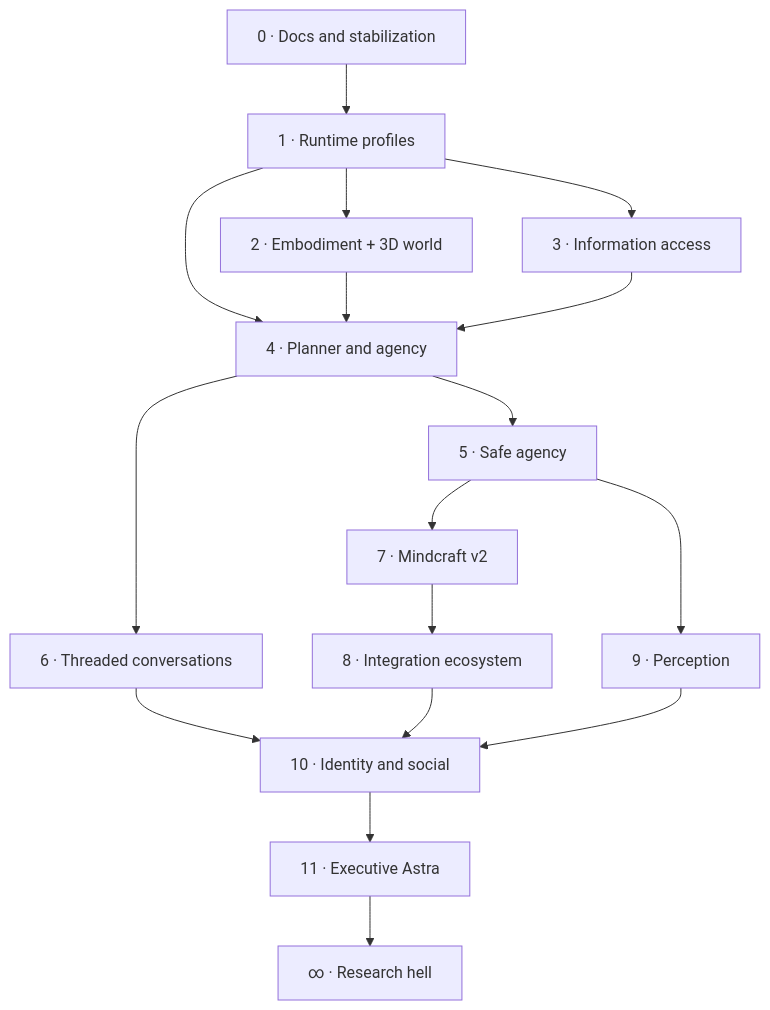
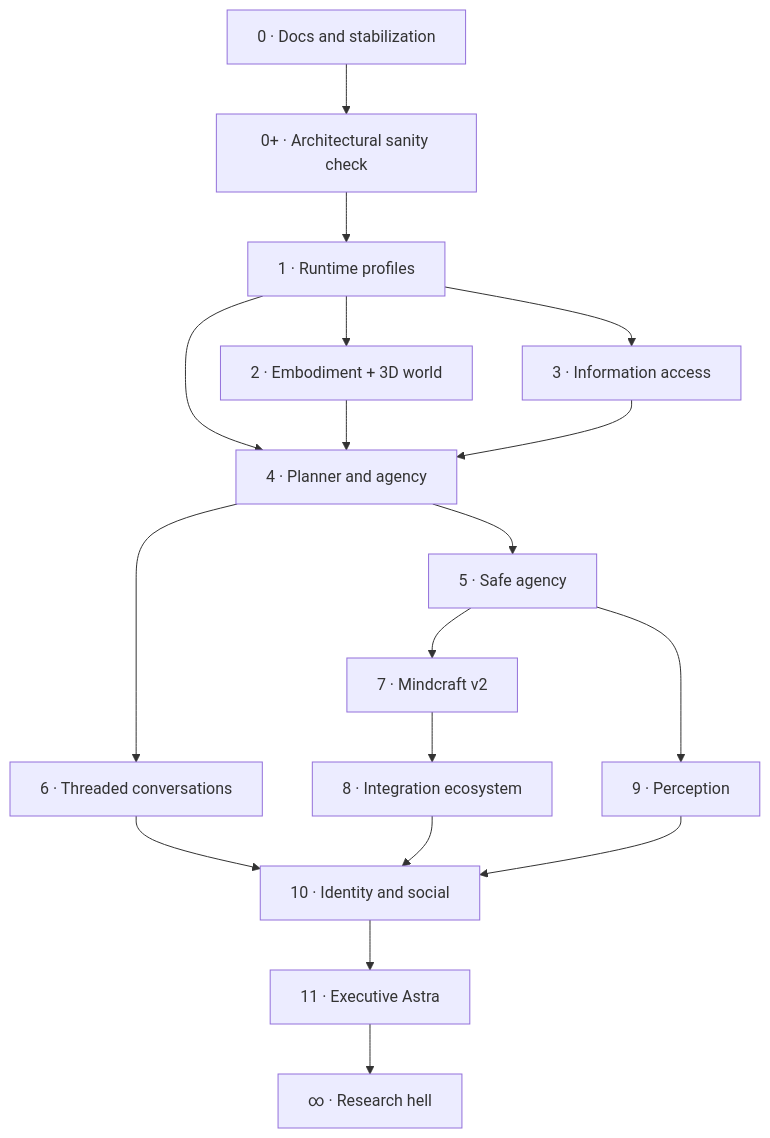
Before and after one commit to danielmarek22/local_ai_assistant: the first of 2 diagrams in docs/roadmap.md, drawn with Mermaid. The commit also changed other lines of this file and 25 other files, not shown here.

````diff
--- a/docs/roadmap.md
+++ b/docs/roadmap.md
@@ -10,32 +10,33 @@
 ```mermaid
 flowchart TD
     M0[0 · Docs and stabilization]
+    M0P[0+ · Architectural sanity check]
     M1[1 · Runtime profiles]
     M2[2 · Embodiment + 3D world]
     M3[3 · Information access]
     M4[4 · Planner and agency]
     M5[5 · Safe agency]
     M6[6 · Threaded conversations]
     M7[7 · Mindcraft v2]
     M8[8 · Integration ecosystem]
     M9[9 · Perception]
     M10[10 · Identity and social]
     M11[11 · Executive Astra]
     R[∞ · Research hell]
 
-    M0 --> M1
+    M0 --> M0P --> M1
     M1 --> M2
     M1 --> M3
     M1 --> M4
     M2 --> M4
     M3 --> M4
     M4 --> M5
     M4 --> M6
     M5 --> M7
     M5 --> M9
     M6 --> M10
     M7 --> M8
     M8 --> M10
     M9 --> M10
     M10 --> M11 --> R
 ```
````
